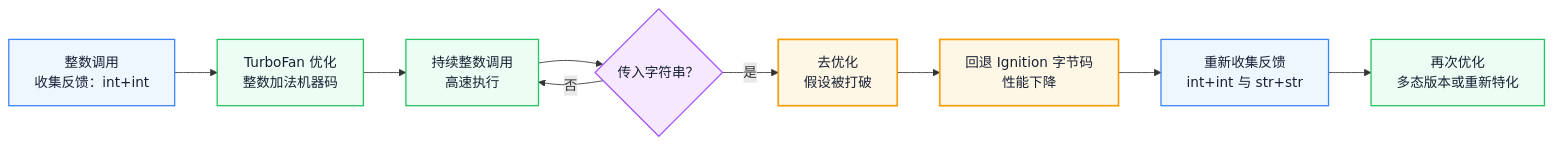
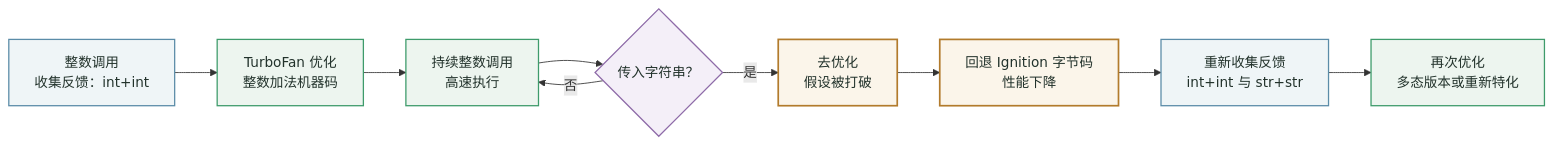
The second of 4 diagrams in docs/javascript/v8-jit-gc.md (Fatejian/frontier-vault), drawn with Mermaid before and after one commit. The commit also changed other lines of this file and 63 other files, not shown here.

````diff
--- a/docs/javascript/v8-jit-gc.md
+++ b/docs/javascript/v8-jit-gc.md
@@ -137,20 +137,20 @@
 ```mermaid
 flowchart LR
     A["整数调用<br/>收集反馈：int+int"] --> B["TurboFan 优化<br/>整数加法机器码"]
     B --> C["持续整数调用<br/>高速执行"]
     C --> D{"传入字符串？"}
     D -- "是" --> E["去优化<br/>假设被打破"]
     E --> F["回退 Ignition 字节码<br/>性能下降"]
     F --> G["重新收集反馈<br/>int+int 与 str+str"]
     G --> H["再次优化<br/>多态版本或重新特化"]
     D -- "否" --> C
 
-    classDef wait fill:#EEF6FF,stroke:#3B82F6,color:#172033,stroke-width:1.5px;
-    classDef work fill:#ECFDF3,stroke:#22C55E,color:#172033,stroke-width:1.5px;
-    classDef block fill:#FFF7E6,stroke:#F59E0B,color:#172033,stroke-width:2px;
-    classDef metric fill:#F5E8FF,stroke:#A855F7,color:#172033,stroke-width:1.5px;
+    classDef wait fill:#EFF5F7,stroke:#5B8CA8,color:#22322B,stroke-width:1.5px;
+    classDef work fill:#EDF5EF,stroke:#3E9B6B,color:#22322B,stroke-width:1.5px;
+    classDef block fill:#FBF5EA,stroke:#B27B2C,color:#22322B,stroke-width:2px;
+    classDef metric fill:#F4EFF8,stroke:#8E6BA8,color:#22322B,stroke-width:1.5px;
     class A,G wait;
     class B,C,H work;
     class E,F block;
     class D metric;
 ```
````
